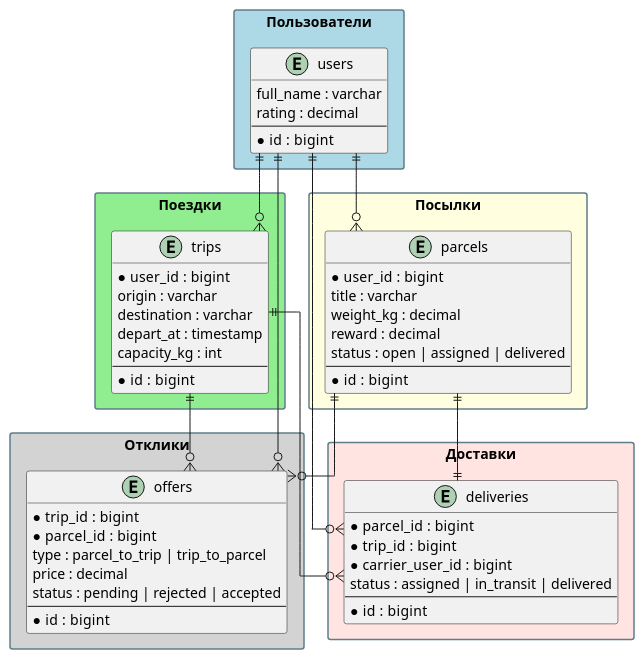
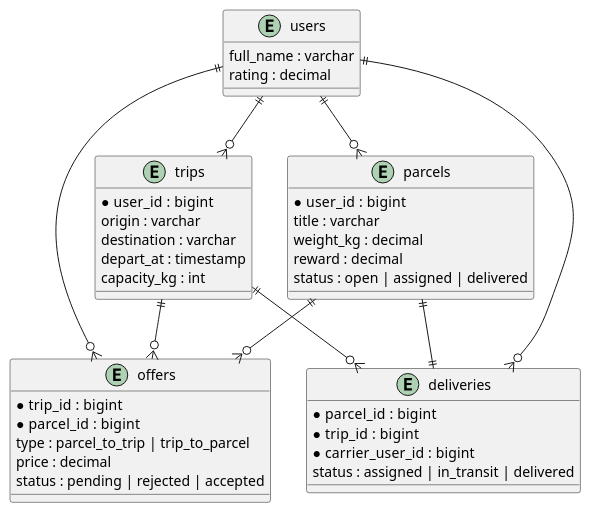
Before and after one commit to Gammanik/PeerPack: the diagram in docs/db-schema.puml, drawn with PlantUML.

Commit message:
simplify db-schema.puml

```diff
--- a/docs/db-schema.puml
+++ b/docs/db-schema.puml
@@ -1,93 +1,51 @@
 @startuml PeerPack_Database_Schema
 
-skinparam packageStyle rectangle
-skinparam linetype ortho
-skinparam shadowing false
-
-skinparam package {
-  BackgroundColor #eef3f7
-  BorderColor #607D8B
-  FontSize 14
-  FontStyle bold
+entity users {
+  full_name : varchar
+  rating : decimal
 }
 
-skinparam entity {
-  BackgroundColor #ffffff
-  BorderColor #757575
-  FontSize 12
+entity trips {
+  ● user_id : bigint
+  origin : varchar
+  destination : varchar
+  depart_at : timestamp
+  capacity_kg : int
 }
 
-' ========== ПОЛЬЗОВАТЕЛИ ==========
-package "Пользователи" #lightblue {
-  entity users {
-    full_name : varchar
-    rating : decimal
-    --
-    ● id : bigint
-  }
+entity parcels {
+  ● user_id : bigint
+  title : varchar
+  weight_kg : decimal
+  reward : decimal
+  status : open | assigned | delivered
 }
 
-' ========== ПОЕЗДКИ ==========
-package "Поездки" #lightgreen {
-  entity trips {
-    ● user_id : bigint
-    origin : varchar
-    destination : varchar
-    depart_at : timestamp
-    capacity_kg : int
-    --
-    ● id : bigint
-  }
+entity offers {
+  ● trip_id : bigint
+  ● parcel_id : bigint
+  type : parcel_to_trip | trip_to_parcel
+  price : decimal
+  status : pending | rejected | accepted
 }
 
-' ========== ПОСЫЛКИ ==========
-package "Посылки" #lightyellow {
-  entity parcels {
-    ● user_id : bigint
-    title : varchar
-    weight_kg : decimal
-    reward : decimal
-    status : open | assigned | delivered
-    --
-    ● id : bigint
-  }
-}
-
-' ========== ОФЕРЫ ==========
-package "Отклики" #lightgray {
-  entity offers {
-    ● trip_id : bigint
-    ● parcel_id : bigint
-    type : parcel_to_trip | trip_to_parcel
-    price : decimal
-    status : pending | rejected | accepted
-    --
-    ● id : bigint
-  }
-}
-
-' ========== ДОСТАВКИ ==========
-package "Доставки" #mistyrose {
-  entity deliveries {
-    ● parcel_id : bigint
-    ● trip_id : bigint
-    ● carrier_user_id : bigint
-    status : assigned | in_transit | delivered
-    --
-    ● id : bigint
-  }
+entity deliveries {
+  ● parcel_id : bigint
+  ● trip_id : bigint
+  ● carrier_user_id : bigint
+  status : assigned | in_transit | delivered
 }
 
 ' ========== СВЯЗИ ==========
 users ||--o{ trips
 users ||--o{ parcels
 users ||--o{ offers
 users ||--o{ deliveries
 
 trips ||--o{ offers
 parcels ||--o{ offers
 
 trips ||--o{ deliveries
 parcels ||--|| deliveries
 
 @enduml
```
